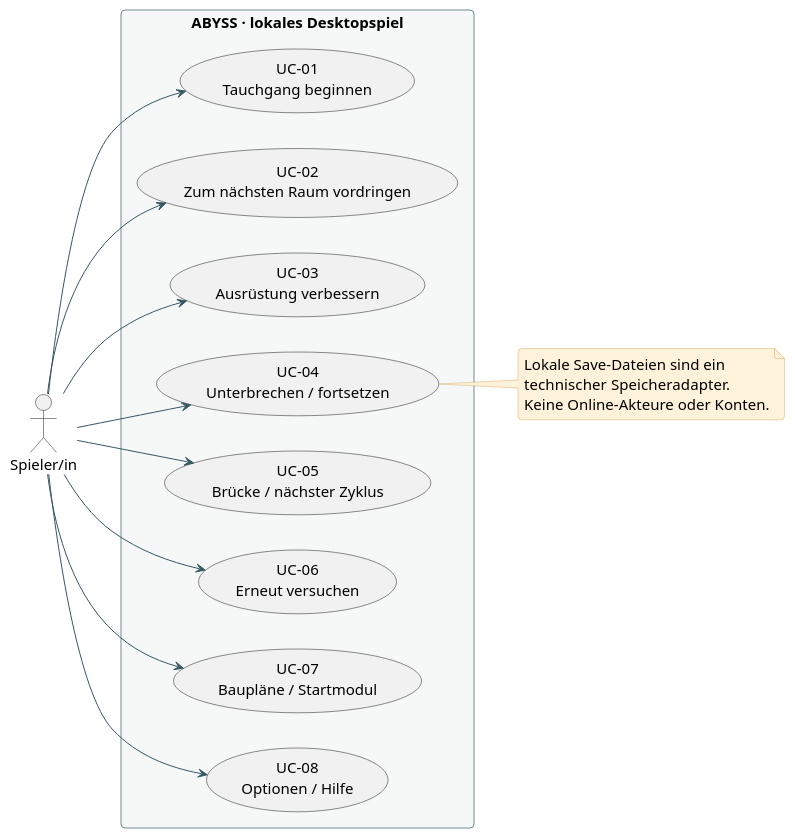
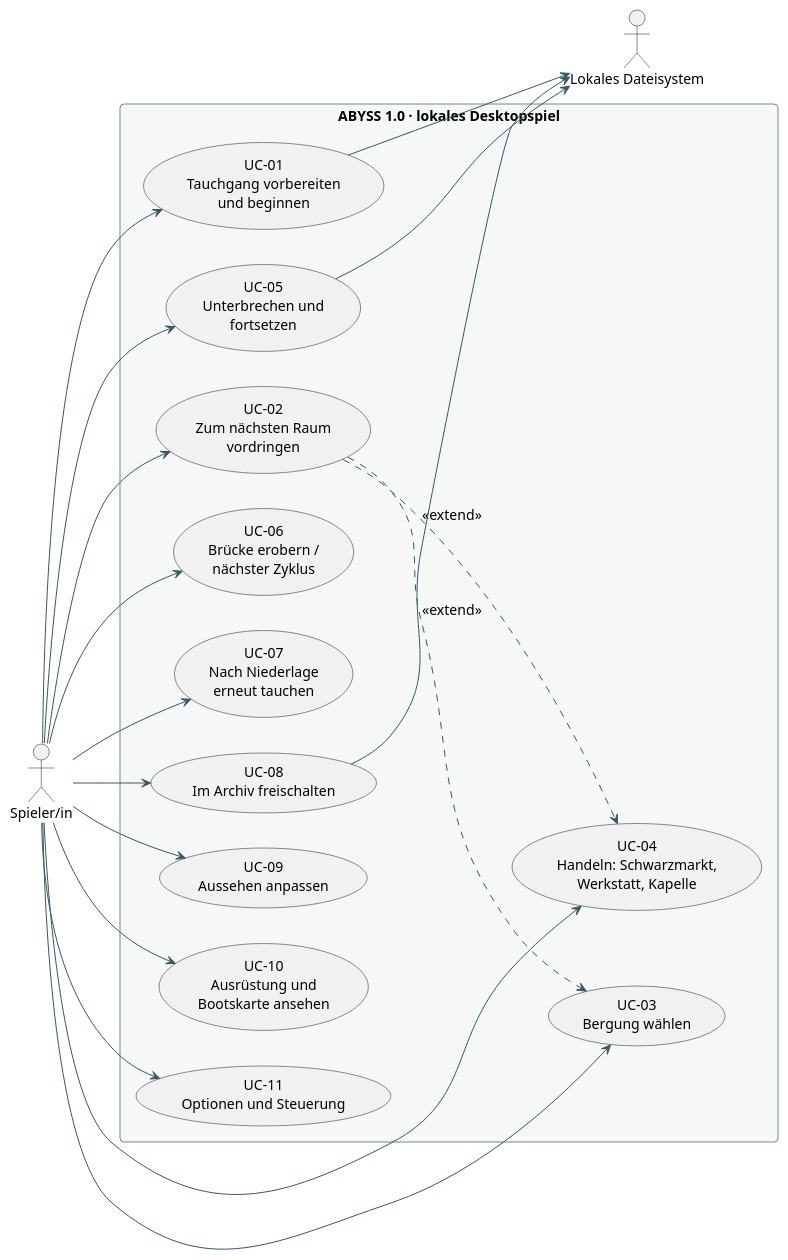
The diagram in docs/diagrams/01-use-cases.puml (bassdav2/abyss), drawn with PlantUML before and after one commit. The commit also changed 421 other files, not shown here.

First line of the commit message:
ABYSS 1.1: Bordsystem-GUI, Raumtechnik und PM3-Dokumentation

```diff
--- a/docs/diagrams/01-use-cases.puml
+++ b/docs/diagrams/01-use-cases.puml
@@ -1,44 +1,53 @@
 @startuml
 skinparam backgroundColor #FFFFFF
 skinparam defaultFontName Arial
-skinparam defaultFontSize 15
+skinparam defaultFontSize 14
 skinparam shadowing false
 skinparam roundcorner 8
 skinparam ArrowColor #355863
 skinparam classBackgroundColor #EAF3F2
 skinparam classBorderColor #355863
 skinparam participantBackgroundColor #EAF3F2
 skinparam participantBorderColor #355863
 skinparam sequenceLifeLineBorderColor #7A979C
 skinparam noteBackgroundColor #FFF2DA
 skinparam noteBorderColor #D8AA64
 skinparam packageBackgroundColor #F5F8F7
 skinparam packageBorderColor #6E8B91
+skinparam stateBackgroundColor #EAF3F2
+skinparam stateBorderColor #355863
 hide empty members
 left to right direction
 actor "Spieler/in" as Player
-rectangle "ABYSS · lokales Desktopspiel" {
- usecase "UC-01\nTauchgang beginnen" as Start
- usecase "UC-02\nZum nächsten Raum vordringen" as Progress
- usecase "UC-03\nAusrüstung verbessern" as Upgrade
- usecase "UC-04\nUnterbrechen / fortsetzen" as Resume
- usecase "UC-05\nBrücke / nächster Zyklus" as Win
- usecase "UC-06\nErneut versuchen" as Retry
- usecase "UC-07\nBaupläne / Startmodul" as Blueprint
- usecase "UC-08\nOptionen / Hilfe" as Options
+rectangle "ABYSS 1.0 · lokales Desktopspiel" {
+ usecase "UC-01\nTauchgang vorbereiten\nund beginnen" as Start
+ usecase "UC-02\nZum nächsten Raum\nvordringen" as Progress
+ usecase "UC-03\nBergung wählen" as Reward
+ usecase "UC-04\nHandeln: Schwarzmarkt,\nWerkstatt, Kapelle" as Trade
+ usecase "UC-05\nUnterbrechen und\nfortsetzen" as Resume
+ usecase "UC-06\nBrücke erobern /\nnächster Zyklus" as Win
+ usecase "UC-07\nNach Niederlage\nerneut tauchen" as Retry
+ usecase "UC-08\nIm Archiv freischalten" as Archive
+ usecase "UC-09\nAussehen anpassen" as Wardrobe
+ usecase "UC-10\nAusrüstung und\nBootskarte ansehen" as Inventory
+ usecase "UC-11\nOptionen und Steuerung" as Options
 }
+actor "Lokales Dateisystem" as Disk
 Player --> Start
 Player --> Progress
-Player --> Upgrade
+Player --> Reward
+Player --> Trade
 Player --> Resume
 Player --> Win
 Player --> Retry
-Player --> Blueprint
+Player --> Archive
+Player --> Wardrobe
+Player --> Inventory
 Player --> Options
-note right of Resume
-Lokale Save-Dateien sind ein
-technischer Speicheradapter.
-Keine Online-Akteure oder Konten.
-end note
+Progress ..> Reward : <<extend>>
+Progress ..> Trade : <<extend>>
+Start --> Disk
+Resume --> Disk
+Archive --> Disk
 
 @enduml
```
